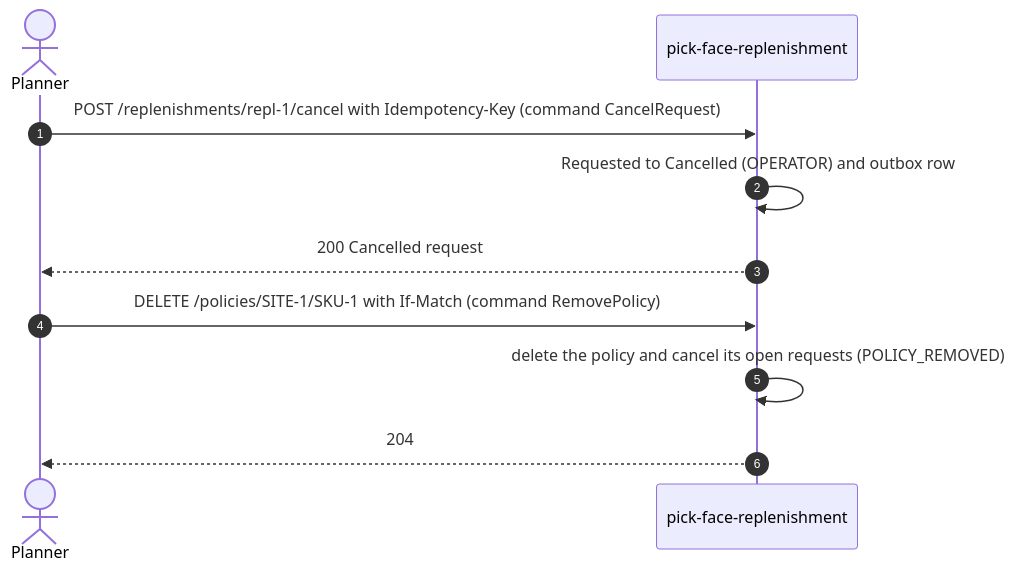
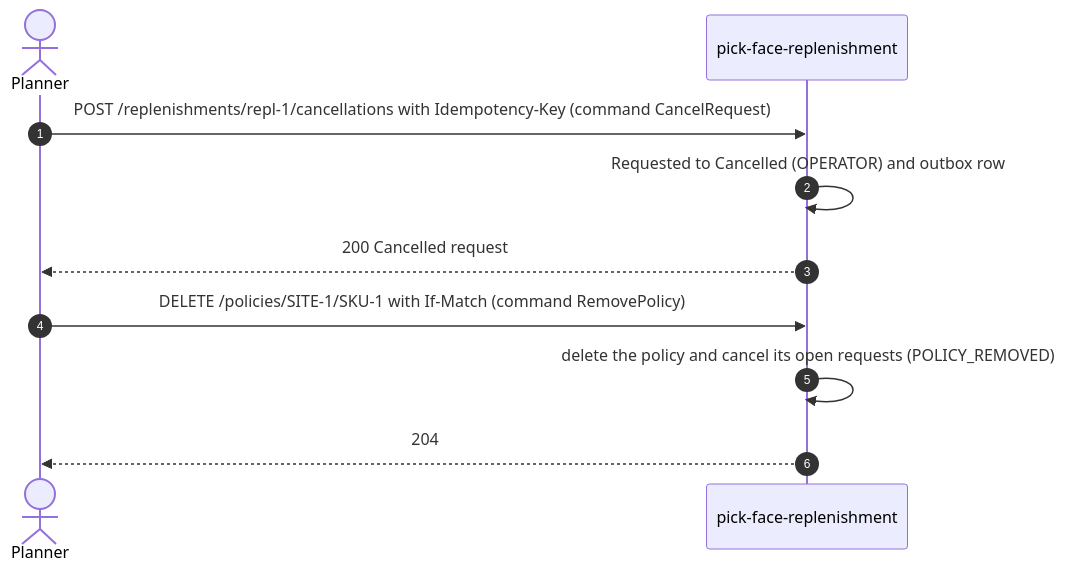
The fifth of 5 diagrams in docs/contexts/pick-face-replenishment/domain-message-flow.md (IQVO/warehouse-docs), drawn with Mermaid before and after one commit. The commit also changed other lines of this file and 272 other files, not shown here.

````diff
--- a/docs/contexts/pick-face-replenishment/domain-message-flow.md
+++ b/docs/contexts/pick-face-replenishment/domain-message-flow.md
@@ -115,12 +115,12 @@
 ```mermaid
 sequenceDiagram
     autonumber
     actor P as Planner
     participant PFR as pick-face-replenishment
-    P->>PFR: POST /replenishments/repl-1/cancel with Idempotency-Key (command CancelRequest)
+    P->>PFR: POST /replenishments/repl-1/cancellations with Idempotency-Key (command CancelRequest)
     PFR->>PFR: Requested to Cancelled (OPERATOR) and outbox row
     PFR-->>P: 200 Cancelled request
     P->>PFR: DELETE /policies/SITE-1/SKU-1 with If-Match (command RemovePolicy)
     PFR->>PFR: delete the policy and cancel its open requests (POLICY_REMOVED)
     PFR-->>P: 204
 ```
````
